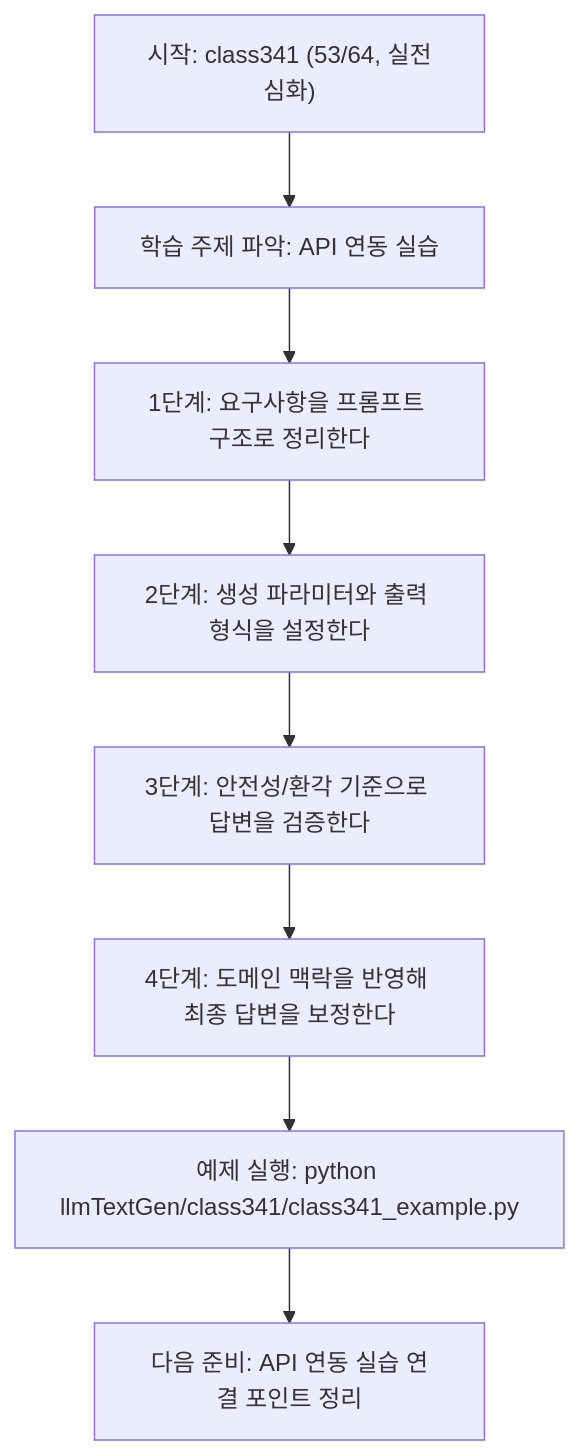
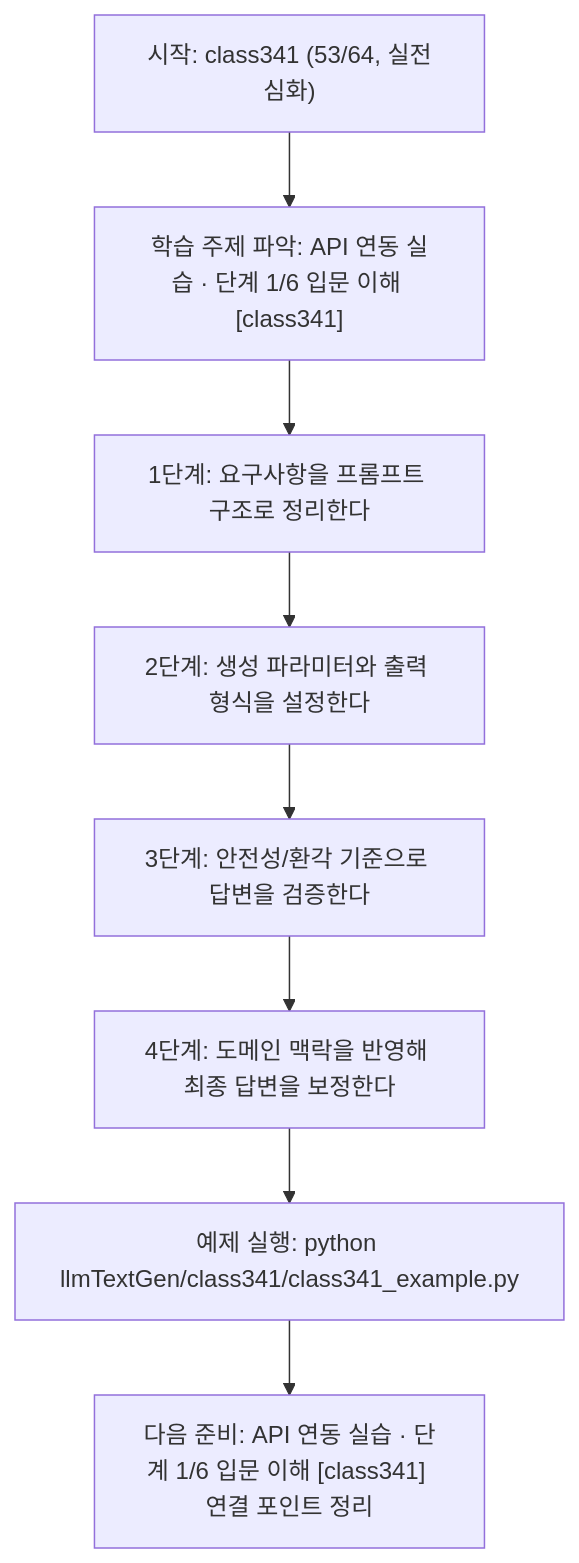
Before and after one commit to edumgt/Python-AI_Agent-Class: the diagram in llmTextGen/class341/class341.md, drawn with Mermaid. The commit also changed other lines of this file and 522 other files, not shown here.

````diff
--- a/llmTextGen/class341/class341.md
+++ b/llmTextGen/class341/class341.md
@@ -113,18 +114,18 @@
 ```mermaid
 flowchart TD
 N1["시작: class341 (53/64, 실전심화)"]
-N2["학습 주제 파악: API 연동 실습"]
+N2["학습 주제 파악: API 연동 실습 · 단계 1/6 입문 이해 [class341]"]
 N3["1단계: 요구사항을 프롬프트 구조로 정리한다"]
 N4["2단계: 생성 파라미터와 출력 형식을 설정한다"]
 N5["3단계: 안전성/환각 기준으로 답변을 검증한다"]
 N6["4단계: 도메인 맥락을 반영해 최종 답변을 보정한다"]
 N7["예제 실행: python llmTextGen/class341/class341_example.py"]
-N8["다음 준비: API 연동 실습 연결 포인트 정리"]
+N8["다음 준비: API 연동 실습 · 단계 1/6 입문 이해 [class341] 연결 포인트 정리"]
 N1 --> N2
 N2 --> N3
 N3 --> N4
 N4 --> N5
 N5 --> N6
 N6 --> N7
 N7 --> N8
 ```
````
